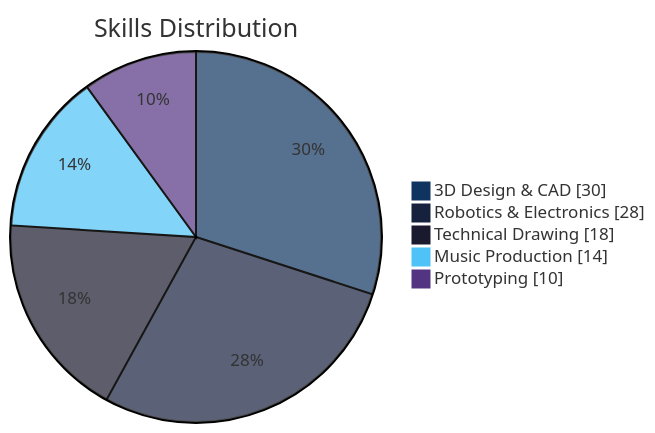
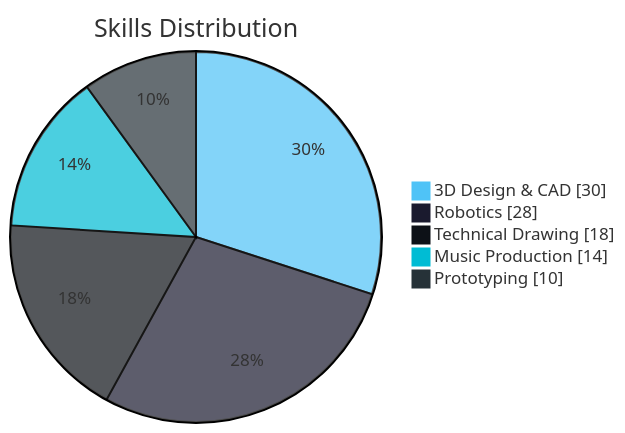
One commit to nasblor/nasblor changed the first of 3 diagrams in readme.md. Above: the diagram before and after it, drawn with Mermaid. The commit also changed other lines of this file, not shown here.

````diff
--- a/readme.md
+++ b/readme.md
@@ -73,10 +47,10 @@
 ```mermaid
-%%{init: {'theme': 'base', 'themeVariables': { 'pie1': '#0f3460', 'pie2': '#16213e', 'pie3': '#1a1a2e', 'pie4': '#4FC3F7', 'pie5': '#533483'}}}%%
+%%{init: {'theme': 'base', 'themeVariables': { 'pie1': '#4FC3F7', 'pie2': '#1a1a2e', 'pie3': '#0D1117', 'pie4': '#00BCD4', 'pie5': '#263238'}}}%%
 pie showData
     title Skills Distribution
     "3D Design & CAD" : 30
-    "Robotics & Electronics" : 28
+    "Robotics" : 28
     "Technical Drawing" : 18
     "Music Production" : 14
     "Prototyping" : 10
 ```
````
